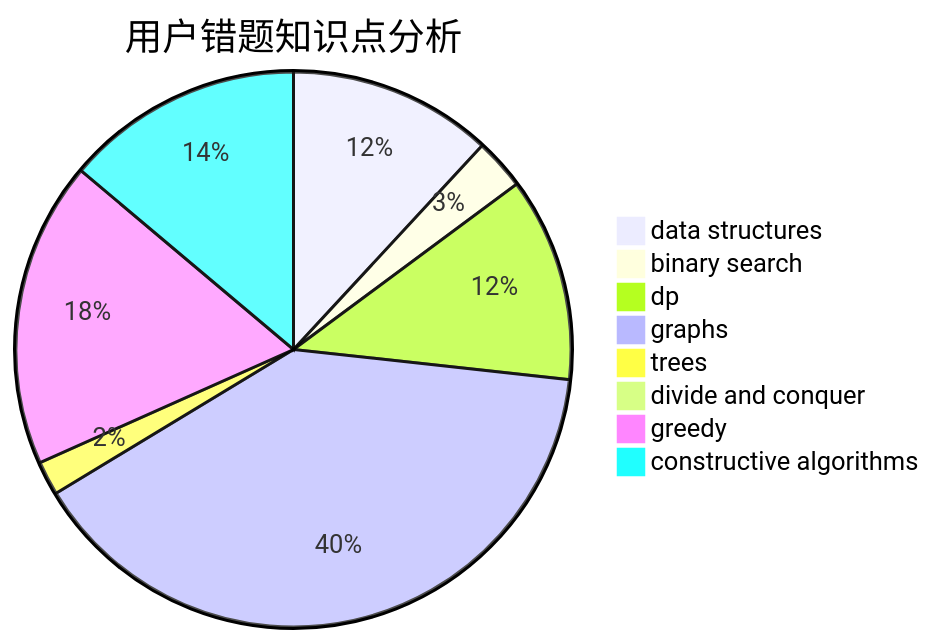
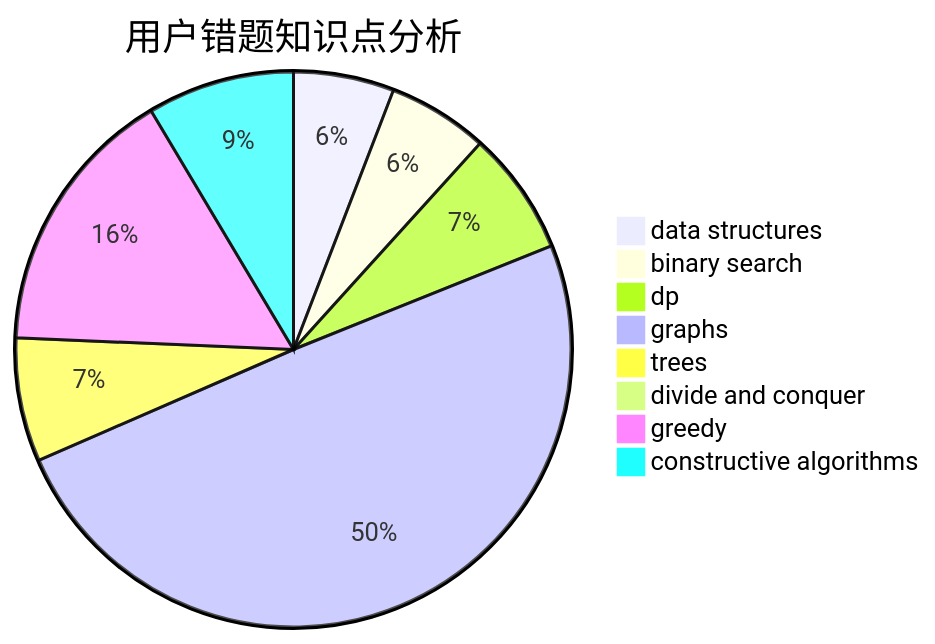
Before and after one commit to sherpahu/cfrs.github.io: the third of 3 diagrams in docs/user/u2491.md, drawn with Mermaid. The commit also changed other lines of this file and 2770 other files, not shown here.

````diff
--- a/docs/user/u2491.md
+++ b/docs/user/u2491.md
@@ -36,11 +36,11 @@
 ```mermaid
 pie title 用户错题知识点分析
-    "data structures" :  12
-    "binary search" :  3
-    "dp" :  12
-    "graphs" :  40
-    "trees" :  2
+    "data structures" :  13
+    "binary search" :  13
+    "dp" :  16
+    "graphs" :  110
+    "trees" :  16
     "divide and conquer" :  0
-    "greedy" :  18
-    "constructive algorithms" :  14
+    "greedy" :  35
+    "constructive algorithms" :  19
 ```
````
